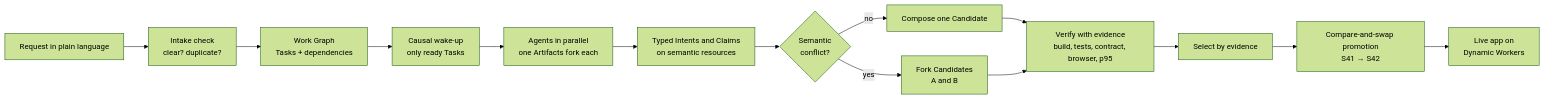
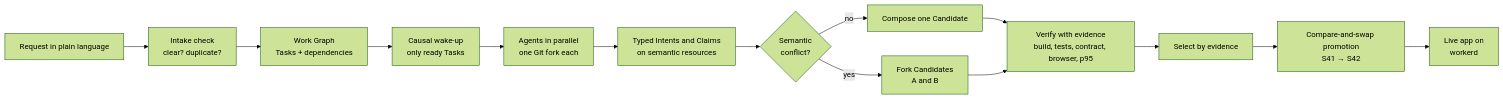
One commit to nsudhanva/rhumbatron changed the first of 2 diagrams in README.md. Above: the diagram before and after it, drawn with Mermaid (forest theme). The commit also changed other lines of this file and 322 other files, not shown here.

````diff
--- a/README.md
+++ b/README.md
@@ -11,16 +9,16 @@
 ```mermaid
 flowchart LR
   goal[Request in plain language] --> intake[Intake check<br/>clear? duplicate?]
   intake --> plan[Work Graph<br/>Tasks + dependencies]
   plan --> wake[Causal wake-up<br/>only ready Tasks]
-  wake --> agents[Agents in parallel<br/>one Artifacts fork each]
+  wake --> agents[Agents in parallel<br/>one Git fork each]
   agents --> intents[Typed Intents and Claims<br/>on semantic resources]
   intents --> conflict{Semantic<br/>conflict?}
   conflict -->|no| compose[Compose one Candidate]
   conflict -->|yes| fork[Fork Candidates<br/>A and B]
   compose --> verify[Verify with evidence<br/>build, tests, contract, browser, p95]
   fork --> verify
   verify --> select[Select by evidence]
   select --> promote[Compare-and-swap promotion<br/>S41 → S42]
-  promote --> live[Live app on<br/>Dynamic Workers]
+  promote --> live[Live app on<br/>workerd]
 ```
````
